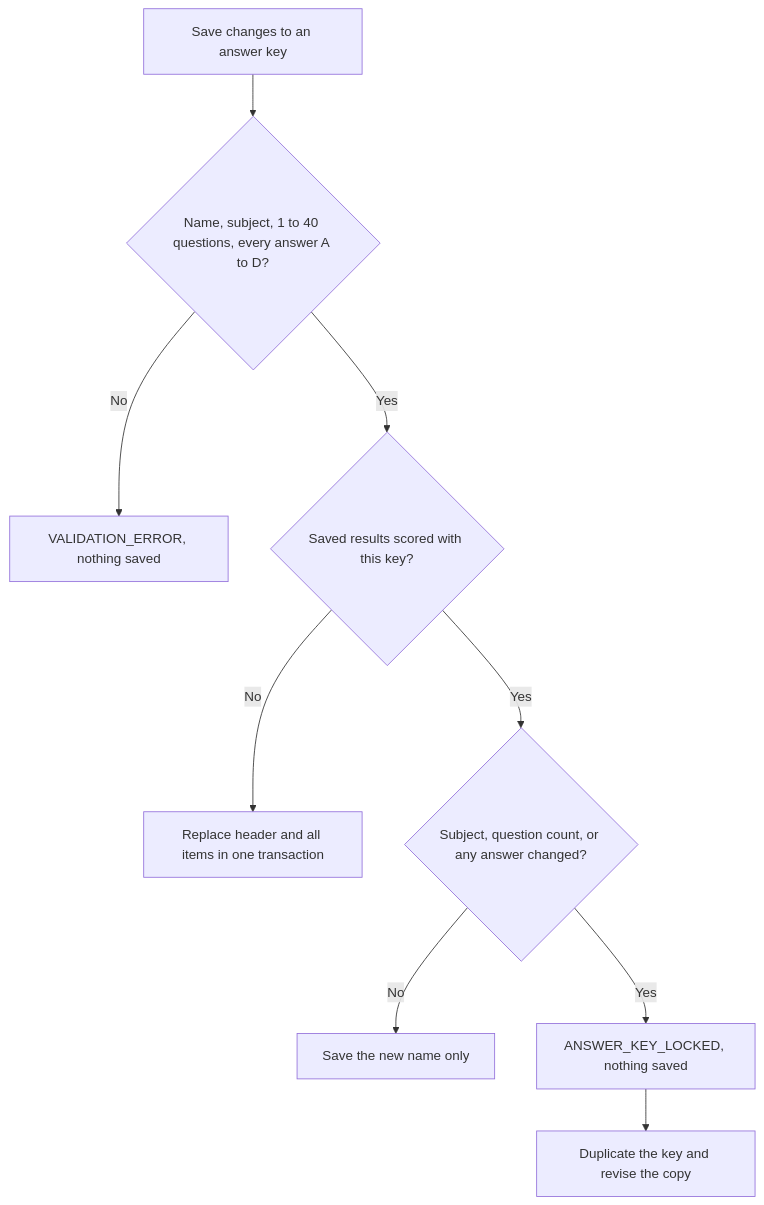
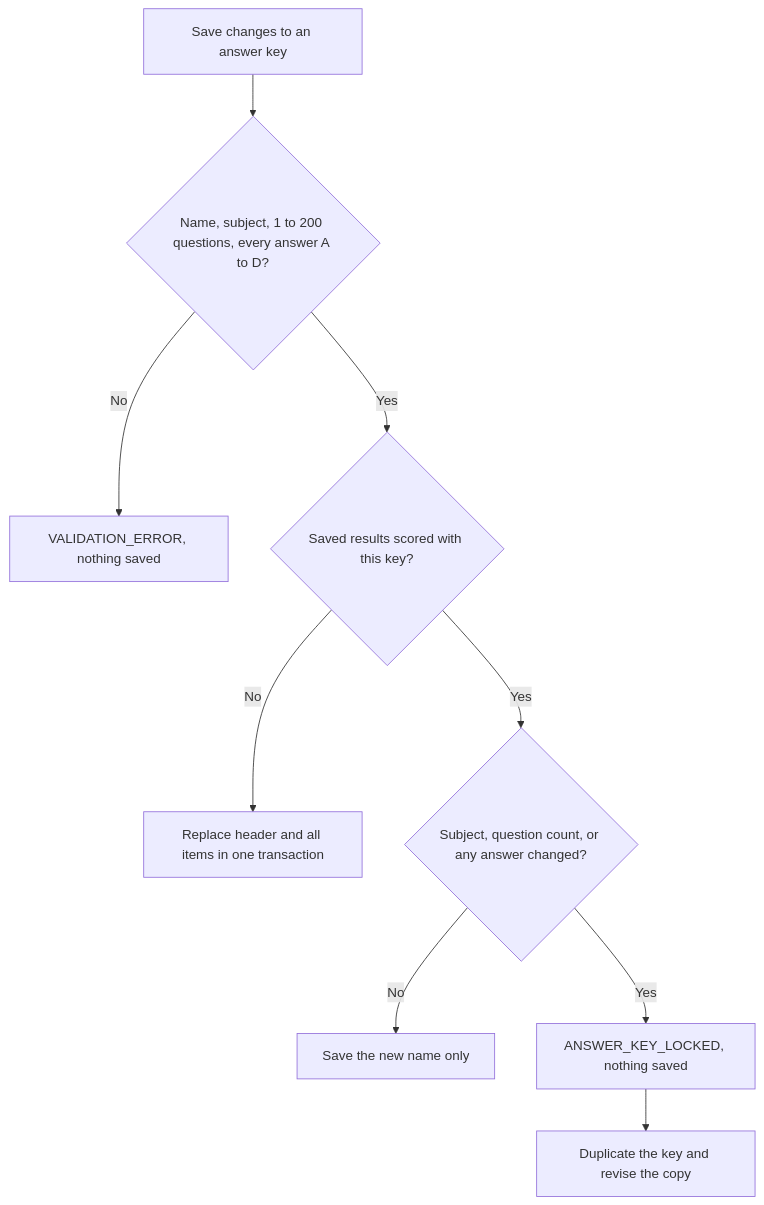
One commit to nicolaseugenio2022-cyber/answer-checker changed the seventh of 13 diagrams in docs/diagrams.md. Above: the diagram before and after it, drawn with Mermaid. The commit also changed other lines of this file and 5 other files, not shown here.

Commit message:
docs: synchronize documentation with schema version 6 and Scan

````diff
--- a/docs/diagrams.md
+++ b/docs/diagrams.md
@@ -244,11 +272,11 @@
 ```mermaid
 flowchart TD
-    E["Save changes to an answer key"] --> V{"Name, subject, 1 to 40 questions, every answer A to D?"}
+    E["Save changes to an answer key"] --> V{"Name, subject, 1 to 200 questions, every answer A to D?"}
     V -- No --> X["VALIDATION_ERROR, nothing saved"]
     V -- Yes --> R{"Saved results scored with this key?"}
     R -- No --> W["Replace header and all items in one transaction"]
     R -- Yes --> S{"Subject, question count, or any answer changed?"}
     S -- No --> N["Save the new name only"]
     S -- Yes --> L["ANSWER_KEY_LOCKED, nothing saved"]
     L --> D["Duplicate the key and revise the copy"]
 ```
````
